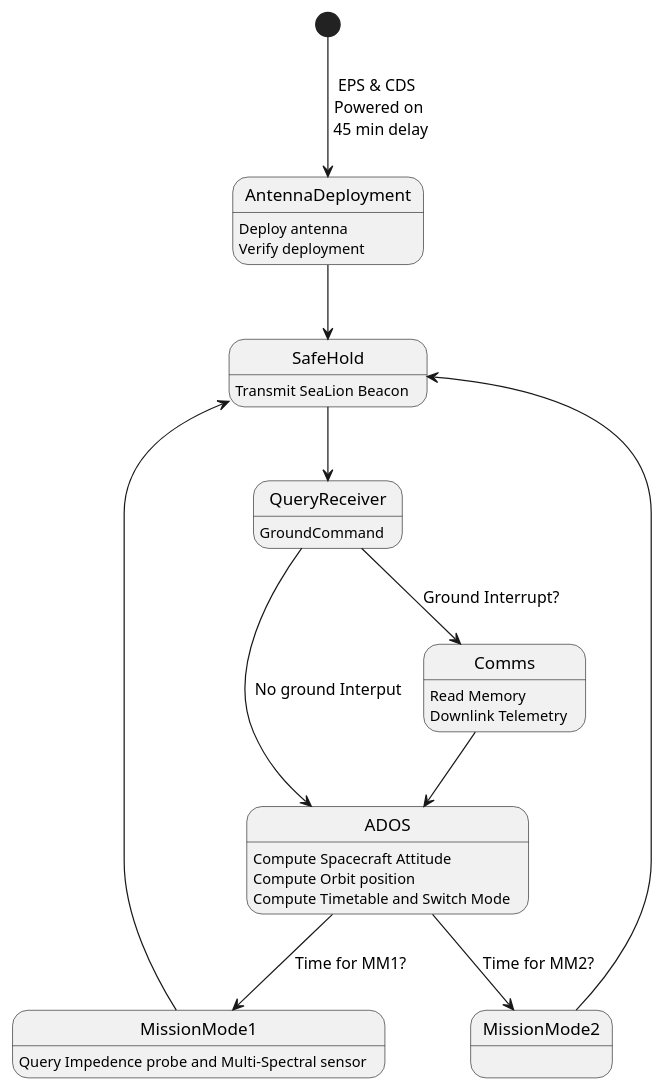
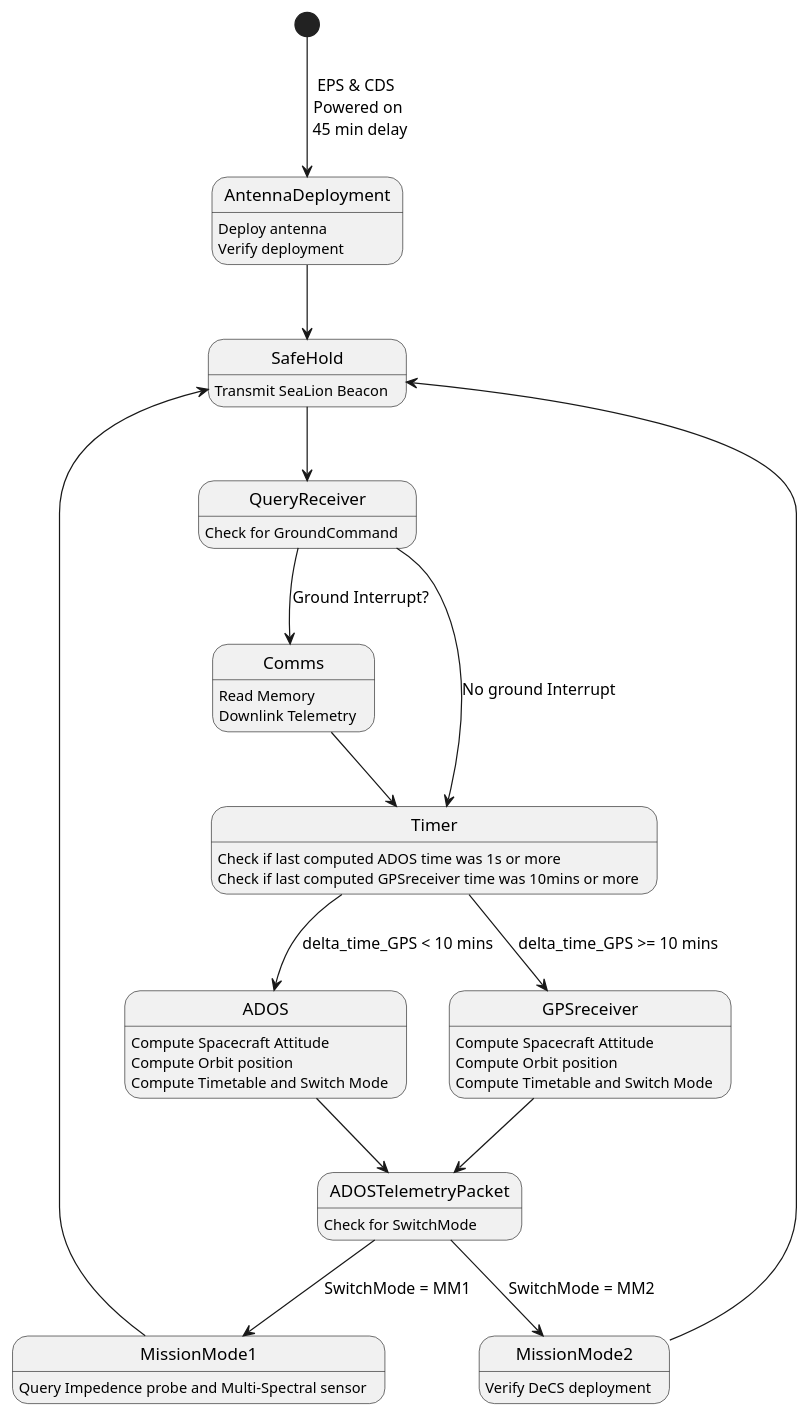
The diagram in fsw-architecture/operating-mode-as-fsm.puml (ODU-CGA-CubeSat/FSW), drawn with PlantUML before and after one commit. The commit also changed other lines of this file, not shown here.

First line of the commit message:
Update operating-mode-as-fsm.puml

```diff
--- a/fsw-architecture/operating-mode-as-fsm.puml
+++ b/fsw-architecture/operating-mode-as-fsm.puml
@@ -1,33 +1,45 @@
 @startuml
 
 state AntennaDeployment
       AntennaDeployment : Deploy antenna
       AntennaDeployment : Verify deployment
-
 state SafeHold
       SafeHold : Transmit SeaLion Beacon 
+state QueryReceiver
+      QueryReceiver : Check for GroundCommand
+state Comms
+      Comms : Read Memory
+      Comms : Downlink Telemetry 
+state Timer
+      Timer : Check if last computed ADOS time was 1s or more
+      Timer : Check if last computed GPSreceiver time was 10mins or more
+state MissionMode1
+      MissionMode1 : Query Impedence probe and Multi-Spectral sensor
+state MissionMode2
+      MissionMode2 : Verify DeCS deployment
+state ADOSTelemetryPacket
+      ADOSTelemetryPacket : Check for SwitchMode
 state ADOS 
       ADOS : Compute Spacecraft Attitude
       ADOS : Compute Orbit position
       ADOS : Compute Timetable and Switch Mode
-state QueryReceiver
-      QueryReceiver : GroundCommand
-state Comms
-      Comms : Read Memory
-      Comms : Downlink Telemetry 
+state GPSreceiver 
+      GPSreceiver : Compute Spacecraft Attitude
+      GPSreceiver : Compute Orbit position
+      GPSreceiver : Compute Timetable and Switch Mode
 
-state MissionMode1
-      MissionMode1 : Query Impedence probe and Multi-Spectral sensor
-state MissionMode2
-      MissionMode2 : 
 [*] --> AntennaDeployment : EPS & CDS \n Powered on \n 45 min delay
 AntennaDeployment --> SafeHold
-Comms --> ADOS
 SafeHold --> QueryReceiver
 QueryReceiver --> Comms : Ground Interrupt?
-QueryReceiver --> ADOS : No ground Interput
-ADOS --> MissionMode1 : Time for MM1?
-ADOS --> MissionMode2 : Time for MM2?
+QueryReceiver --> Timer : No ground Interrupt
+Comms --> Timer
 MissionMode1 --> SafeHold
 MissionMode2 --> SafeHold
+ADOSTelemetryPacket --> MissionMode1 : SwitchMode = MM1
+ADOSTelemetryPacket --> MissionMode2 : SwitchMode = MM2
+ADOS --> ADOSTelemetryPacket
+Timer  --> ADOS : delta_time_GPS < 10 mins
+Timer --> GPSreceiver : delta_time_GPS >= 10 mins
+GPSreceiver --> ADOSTelemetryPacket
 @enduml
```
